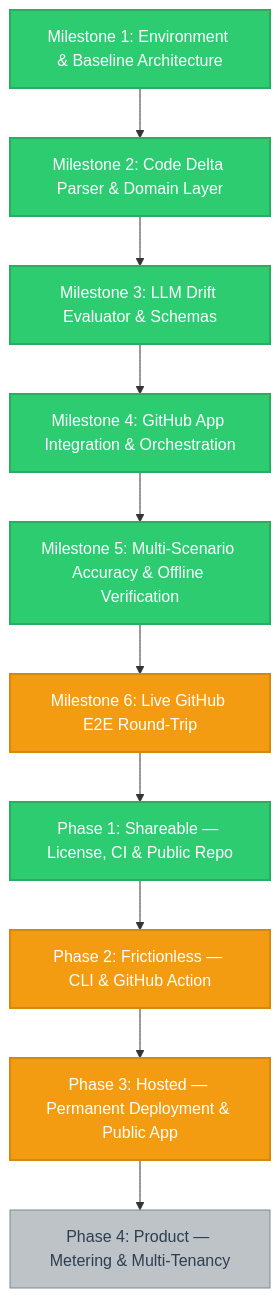
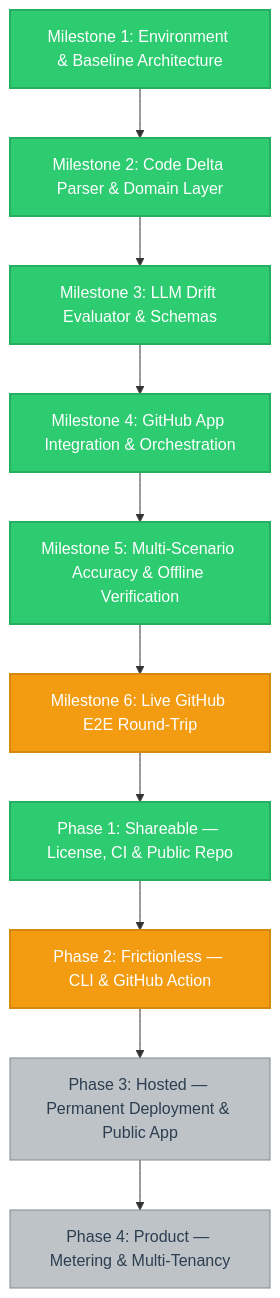
One commit to kaamipresents/readme-realist changed the diagram in PROGRESS.md. Above: the diagram before and after it, drawn with Mermaid. The commit also changed other lines of this file, not shown here.

````diff
--- a/PROGRESS.md
+++ b/PROGRESS.md
@@ -3,45 +3,45 @@
 ```mermaid
 graph TD
     %% Workflow Architecture
     M1[Milestone 1: Environment & Baseline Architecture]
     M2[Milestone 2: Code Delta Parser & Domain Layer]
     M3[Milestone 3: LLM Drift Evaluator & Schemas]
     M4[Milestone 4: GitHub App Integration & Orchestration]
     M5[Milestone 5: Multi-Scenario Accuracy & Offline Verification]
     M6[Milestone 6: Live GitHub E2E Round-Trip]
 
     %% Distribution Track
     P1[Phase 1: Shareable — License, CI & Public Repo]
     P2[Phase 2: Frictionless — CLI & GitHub Action]
     P3[Phase 3: Hosted — Permanent Deployment & Public App]
     P4[Phase 4: Product — Metering & Multi-Tenancy]
 
     %% Dependencies
     M1 --> M2
     M2 --> M3
     M3 --> M4
     M4 --> M5
     M5 --> M6
     M6 --> P1
     P1 --> P2
     P2 --> P3
     P3 --> P4
 
     %% Style Classes
     classDef done fill:#2ecc71,stroke:#27ae60,stroke-width:2px,color:#ffffff;
     classDef active fill:#f39c12,stroke:#d68910,stroke-width:2px,color:#ffffff;
     classDef blocked fill:#e74c3c,stroke:#c0392b,stroke-width:2px,color:#ffffff;
     classDef todo fill:#bdc3c7,stroke:#7f8c8d,stroke-width:1px,color:#2c3e50;
 
     %% Dynamic Node State Assignments
     class M1 done;
     class M2 done;
     class M3 done;
     class M4 done;
     class M5 done;
     class M6 active;
     class P1 done;
     class P2 active;
-    class P3 active;
+    class P3 todo;
     class P4 todo;
 ```
````
